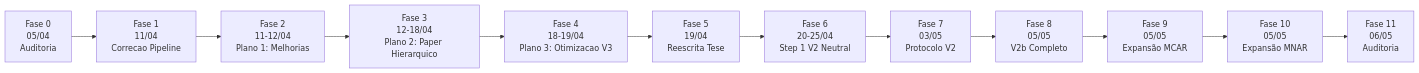
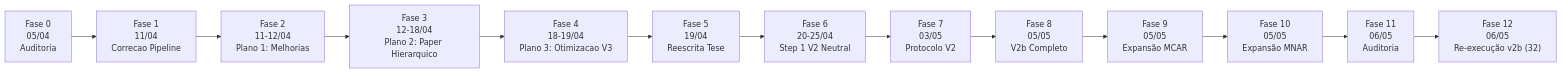
One commit to JonathanTsen/ITA-Mestrado changed the first of 2 diagrams in docs/HISTORICO.md. Above: the diagram before and after it, drawn with Mermaid. The commit also changed other lines of this file and 1064 other files, not shown here.

````diff
--- a/docs/HISTORICO.md
+++ b/docs/HISTORICO.md
@@ -22,16 +22,17 @@
 ```mermaid
 flowchart LR
   F0["Fase 0<br/>05/04<br/>Auditoria"]
   F1["Fase 1<br/>11/04<br/>Correcao Pipeline"]
   F2["Fase 2<br/>11-12/04<br/>Plano 1: Melhorias"]
   F3["Fase 3<br/>12-18/04<br/>Plano 2: Paper Hierarquico"]
   F4["Fase 4<br/>18-19/04<br/>Plano 3: Otimizacao V3"]
   F5["Fase 5<br/>19/04<br/>Reescrita Tese"]
   F6["Fase 6<br/>20-25/04<br/>Step 1 V2 Neutral"]
   F7["Fase 7<br/>03/05<br/>Protocolo V2"]
   F8["Fase 8<br/>05/05<br/>V2b Completo"]
   F9["Fase 9<br/>05/05<br/>Expansão MCAR"]
   F10["Fase 10<br/>05/05<br/>Expansão MNAR"]
   F11["Fase 11<br/>06/05<br/>Auditoria"]
-  F0 --> F1 --> F2 --> F3 --> F4 --> F5 --> F6 --> F7 --> F8 --> F9 --> F10 --> F11
+  F12["Fase 12<br/>06/05<br/>Re-execução v2b (32)"]
+  F0 --> F1 --> F2 --> F3 --> F4 --> F5 --> F6 --> F7 --> F8 --> F9 --> F10 --> F11 --> F12
 ```
````
